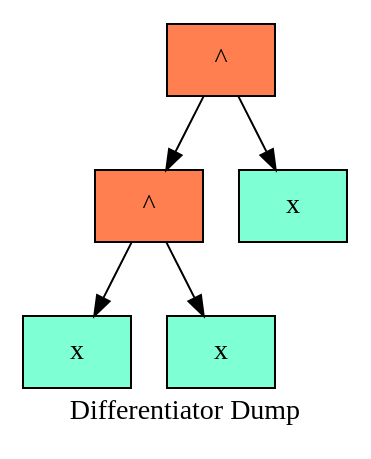
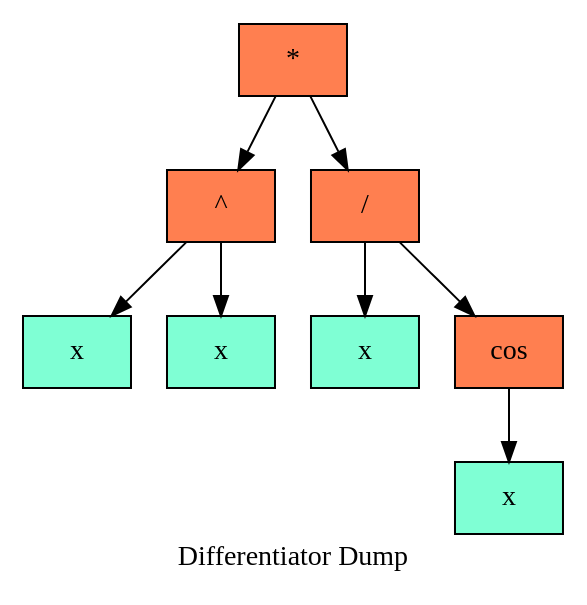
Before and after one commit to aidenfmunro/Differentiator: the diagram in log/dot/treegraph_0.dot, drawn with Graphviz. The commit also changed 10 other files, not shown here.

```diff
--- a/log/dot/treegraph_0.dot
+++ b/log/dot/treegraph_0.dot
@@ -1,15 +1,21 @@
   digraph tree  {
   node[   shape     = "Mrecord",  style     = "filled",  fillcolor = "aqua",  fontcolor = "#000000",  margin    = "0.075"];
   rankdir   = "TB";
 
   label     = "Differentiator Dump";
-"node0" [shape = "record", label = "{^}", fillcolor = "coral"]
+"node0" [shape = "record", label = "{*}", fillcolor = "coral"]
 "node1" [shape = "record", label = "{^}", fillcolor = "coral"]
 "node2" [shape = "record", label = "{x}", fillcolor = "aquamarine"]
 "node1" -> "node2"
 "node3" [shape = "record", label = "{x}", fillcolor = "aquamarine"]
 "node1" -> "node3"
 "node0" -> "node1"
-"node4" [shape = "record", label = "{x}", fillcolor = "aquamarine"]
+"node4" [shape = "record", label = "{/}", fillcolor = "coral"]
+"node5" [shape = "record", label = "{x}", fillcolor = "aquamarine"]
+"node4" -> "node5"
+"node6" [shape = "record", label = "{cos}", fillcolor = "coral"]
+"node7" [shape = "record", label = "{x}", fillcolor = "aquamarine"]
+"node6" -> "node7"
+"node4" -> "node6"
 "node0" -> "node4"
   }
```
